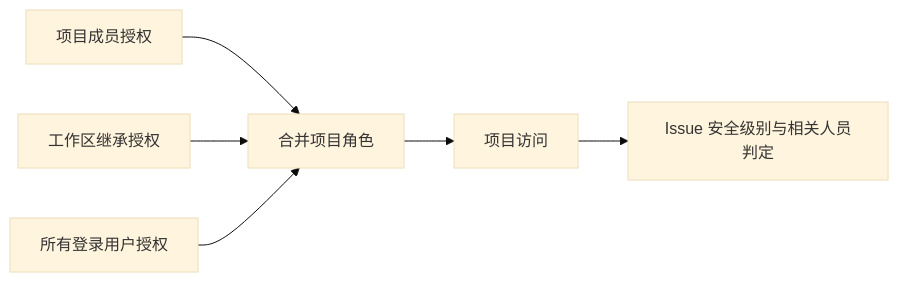
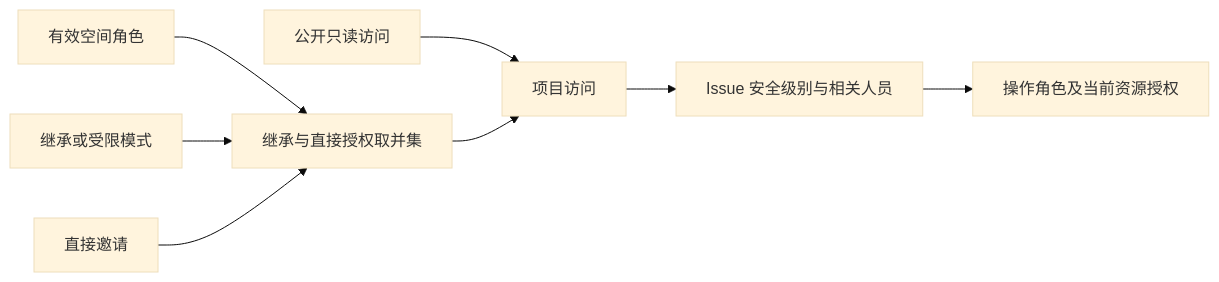
One commit to wecode-ai/wegent-docs changed the diagram in i18n/zh/docusaurus-plugin-content-docs/current/developer-guide/project-visibility.md. Above: the diagram before and after it, drawn with Mermaid (base theme). The commit also changed other lines of this file and 9 other files, not shown here.

````diff
--- a/i18n/zh/docusaurus-plugin-content-docs/current/developer-guide/project-visibility.md
+++ b/i18n/zh/docusaurus-plugin-content-docs/current/developer-guide/project-visibility.md
@@ -15,8 +15,10 @@
 ```mermaid
 flowchart LR
-    A[项目成员授权] --> D[合并项目角色]
-    B[工作区继承授权] --> D
-    C[所有登录用户授权] --> D
-    D --> E[项目访问]
-    E --> F[Issue 安全级别与相关人员判定]
+    Space[有效空间角色] --> Union[继承与直接授权取并集]
+    Mode[继承或受限模式] --> Union
+    Invite[直接邀请] --> Union
+    Public[公开只读访问] --> Access[项目访问]
+    Union --> Access
+    Access --> Issue[Issue 安全级别与相关人员]
+    Issue --> Operation[操作角色及当前资源授权]
 ```
````
